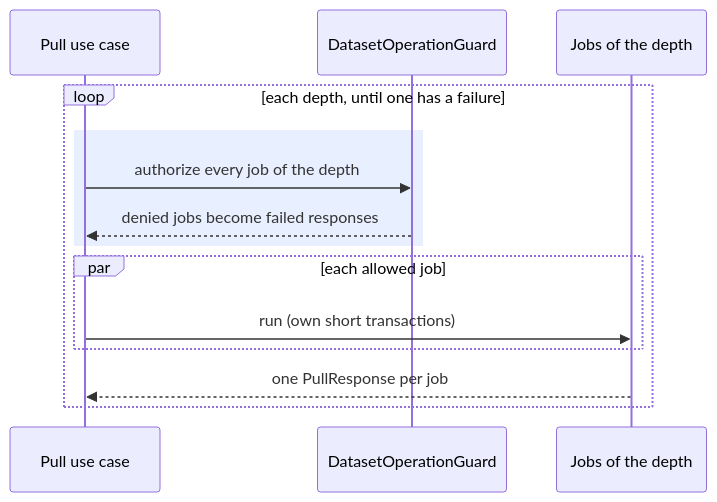
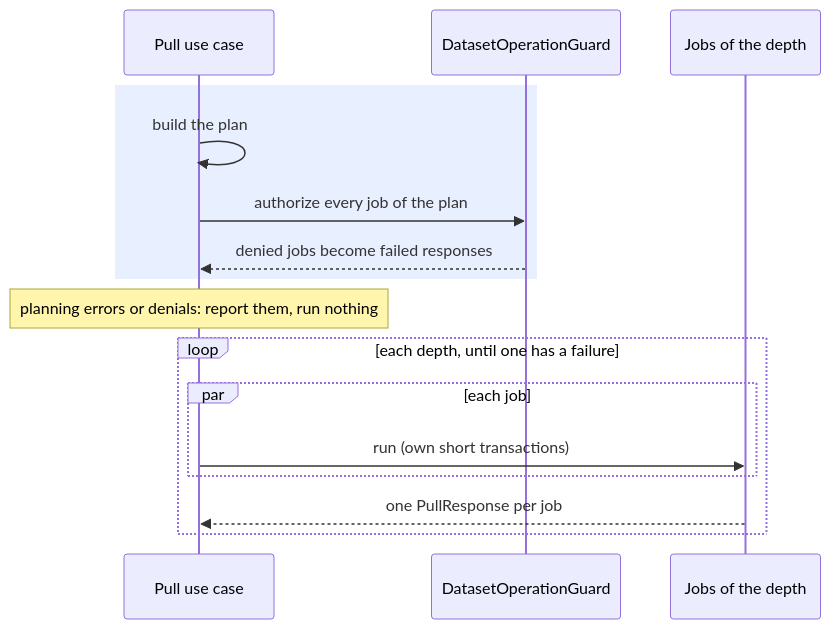
One commit to kamu-data/kamu-cli changed the third of 3 diagrams in docs/internal/dataset-pull.md. Above: the diagram before and after it, drawn with Mermaid. The commit also changed other lines of this file and 4 other files, not shown here.

Commit message:
Pull permissions checked for the whole plan before any job runs

````diff
--- a/docs/internal/dataset-pull.md
+++ b/docs/internal/dataset-pull.md
@@ -236,17 +236,19 @@
 ```mermaid
 sequenceDiagram
     participant U as Pull use case
     participant G as DatasetOperationGuard
     participant J as Jobs of the depth
 
+    rect rgba(100, 150, 255, 0.15)
+    U->>U: build the plan
+    U->>G: authorize every job of the plan
+    G-->>U: denied jobs become failed responses
+    end
+    Note over U: planning errors or denials: report them, run nothing
     loop each depth, until one has a failure
-        rect rgba(100, 150, 255, 0.15)
-        U->>G: authorize every job of the depth
-        G-->>U: denied jobs become failed responses
-        end
-        par each allowed job
+        par each job
             U->>J: run (own short transactions)
         end
         J-->>U: one PullResponse per job
     end
 ```
````
